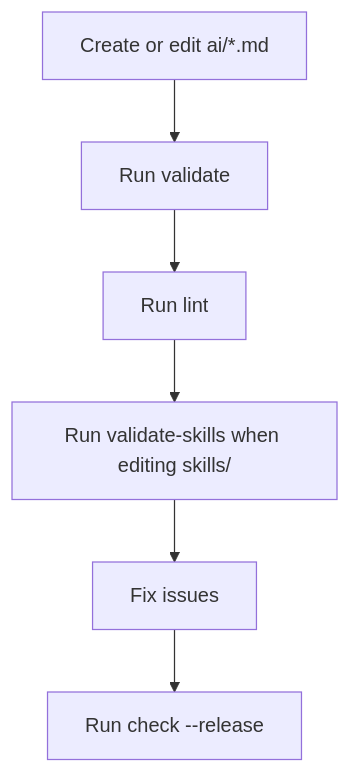
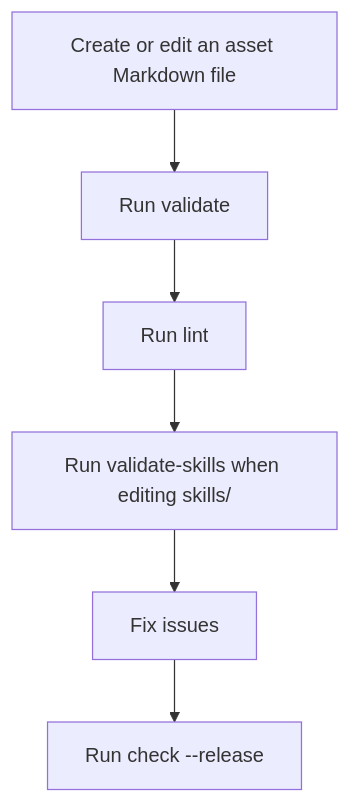
The diagram in documentation/repository-structure-and-features.md (davidsneighbour/ai), drawn with Mermaid before and after one commit. The commit also changed other lines of this file and 35 other files, not shown here.

````diff
--- a/documentation/repository-structure-and-features.md
+++ b/documentation/repository-structure-and-features.md
@@ -94,8 +97,8 @@
 ```mermaid
 flowchart TD
-    A[Create or edit ai/*.md] --> B[Run validate]
+    A[Create or edit an asset Markdown file] --> B[Run validate]
     B --> C[Run lint]
     C --> D[Run validate-skills when editing skills/]
     D --> E[Fix issues]
     E --> F[Run check --release]
 ```
````
